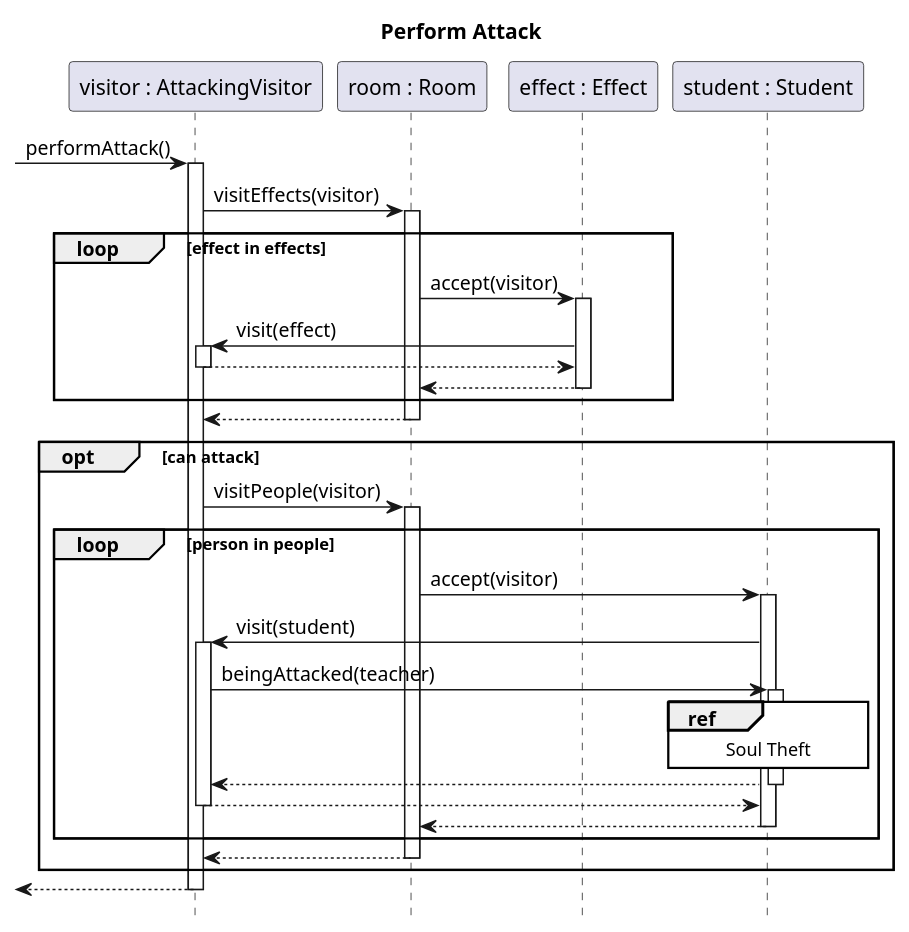
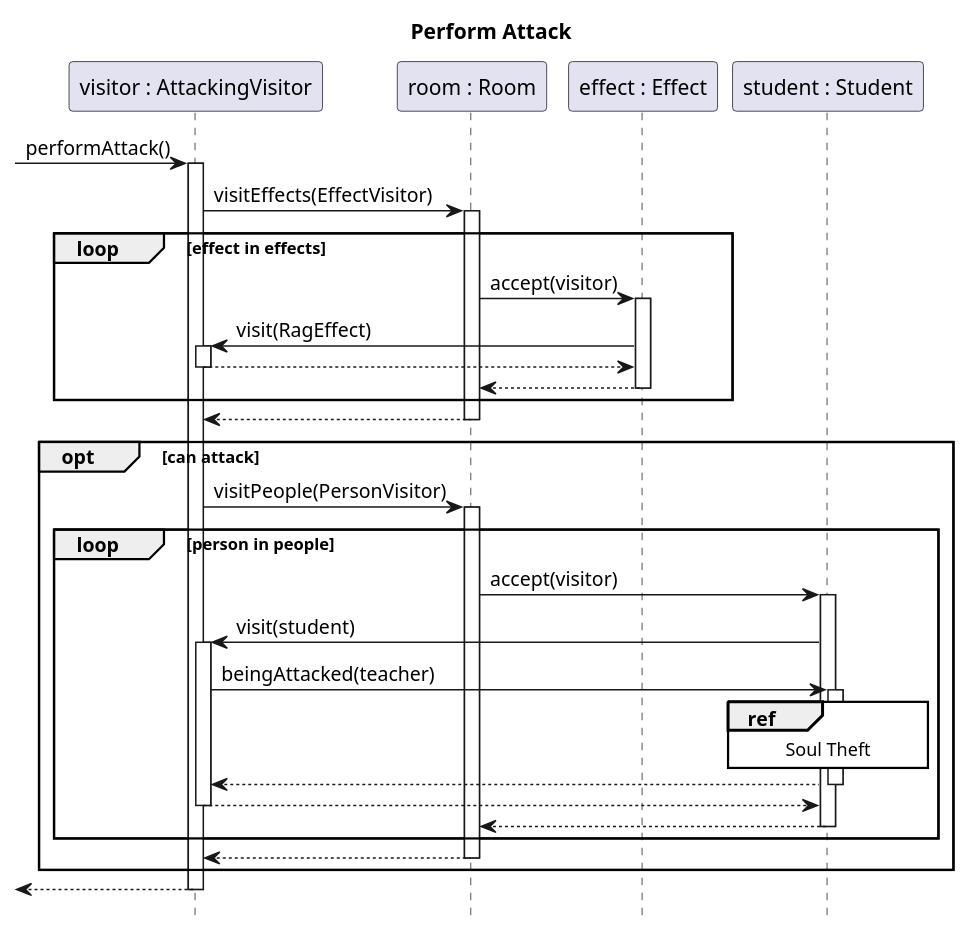
One commit to sn4k3ch4rm3r/logarlec changed the diagram in docs/diagrams/sequence/perform-attack.puml. Above: the diagram before and after it, drawn with PlantUML. The commit also changed 2 other files, not shown here.

Commit message:
perform-attack, soul-theft, toxic-room diagram changes

```diff
--- a/docs/diagrams/sequence/perform-attack.puml
+++ b/docs/diagrams/sequence/perform-attack.puml
@@ -1,35 +1,35 @@
 @startuml perform-attack
 title Perform Attack
 hide footbox
 skinparam SequenceReferenceBackgroundColor white
 
 participant "visitor : AttackingVisitor" as visitor
 participant "room : Room" as room
 participant "effect : Effect" as effect
 participant "student : Student" as student
 
 [-> visitor ++ : performAttack()
-	visitor -> room ++ : visitEffects(visitor)
+	visitor -> room ++ : visitEffects(EffectVisitor)
 		loop effect in effects
 			room -> effect ++ : accept(visitor)
-				effect -> visitor ++: visit(effect)
+				effect -> visitor ++: visit(RagEffect)
 				return
 			return
 		end
 	return
 	opt can attack
-		visitor -> room ++ : visitPeople(visitor)
+		visitor -> room ++ : visitPeople(PersonVisitor)
 		loop person in people
 			room -> student ++ : accept(visitor)
 				student -> visitor ++: visit(student)
 					visitor -> student ++ : beingAttacked(teacher)
 						ref over student : Soul Theft
 					return
 				return 
 			return
 		end
 		return
 	end
 return
 
 @enduml
```
